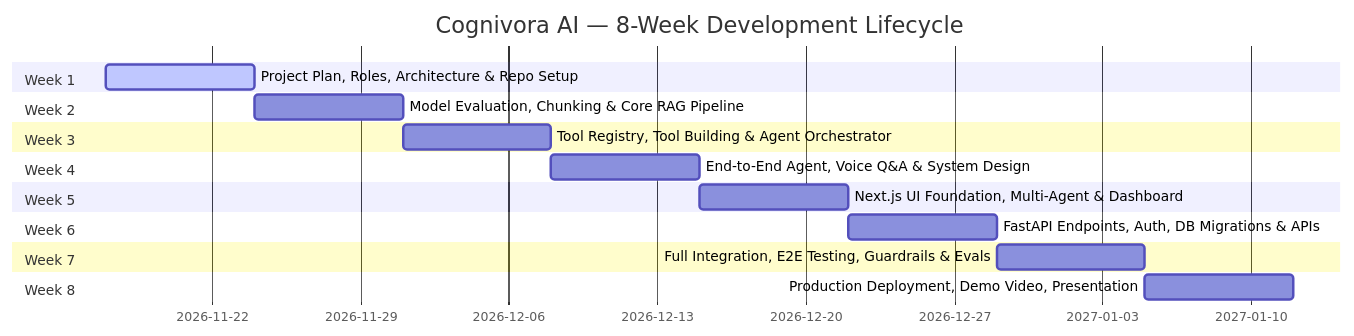
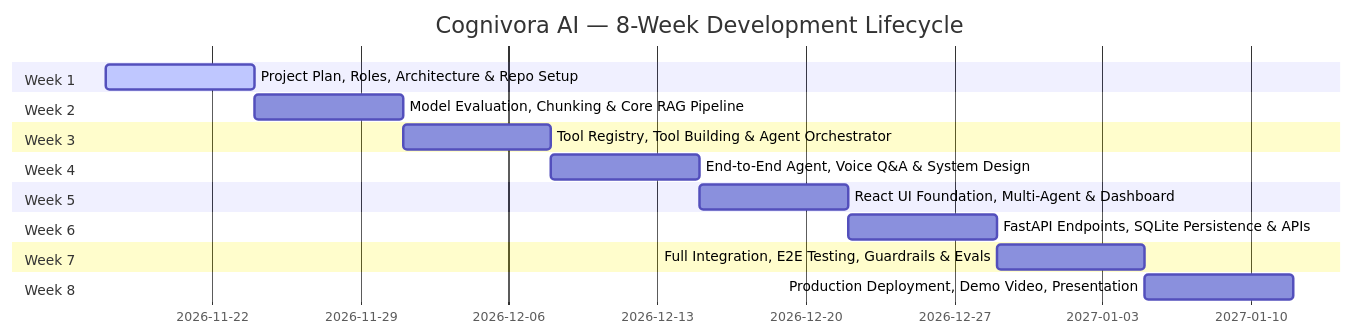
One commit to varun16-dev/Cognivora-AI changed the seventh of 8 diagrams in docs/PROJECT_PLAN.md. Above: the diagram before and after it, drawn with Mermaid. The commit also changed other lines of this file, not shown here.

Commit message:
docs: align PROJECT_PLAN.md with Track A enhanced specifications and React/SQLite architecture

````diff
--- a/docs/PROJECT_PLAN.md
+++ b/docs/PROJECT_PLAN.md
@@ -558,21 +558,21 @@
 ```mermaid
 gantt
     title Cognivora AI — 8-Week Development Lifecycle
     dateFormat  YYYY-MM-DD
     section Week 1
     Project Plan, Roles, Architecture & Repo Setup   :active, w1, 2026-11-17, 7d
     section Week 2
     Model Evaluation, Chunking & Core RAG Pipeline   :w2, after w1, 7d
     section Week 3
     Tool Registry, Tool Building & Agent Orchestrator:w3, after w2, 7d
     section Week 4
     End-to-End Agent, Voice Q&A & System Design      :w4, after w3, 7d
     section Week 5
-    Next.js UI Foundation, Multi-Agent & Dashboard   :w5, after w4, 7d
+    React UI Foundation, Multi-Agent & Dashboard     :w5, after w4, 7d
     section Week 6
-    FastAPI Endpoints, Auth, DB Migrations & APIs    :w6, after w5, 7d
+    FastAPI Endpoints, SQLite Persistence & APIs     :w6, after w5, 7d
     section Week 7
     Full Integration, E2E Testing, Guardrails & Evals:w7, after w6, 7d
     section Week 8
     Production Deployment, Demo Video, Presentation  :w8, after w7, 7d
 ```
````
